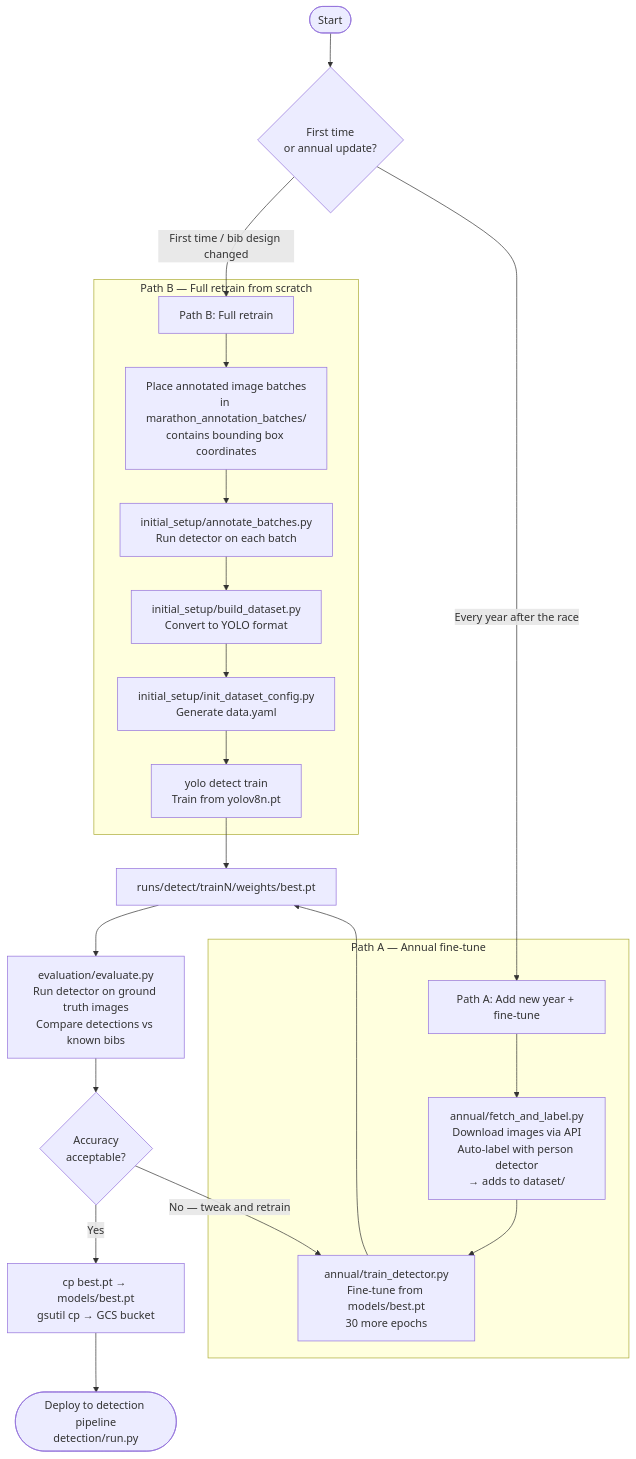
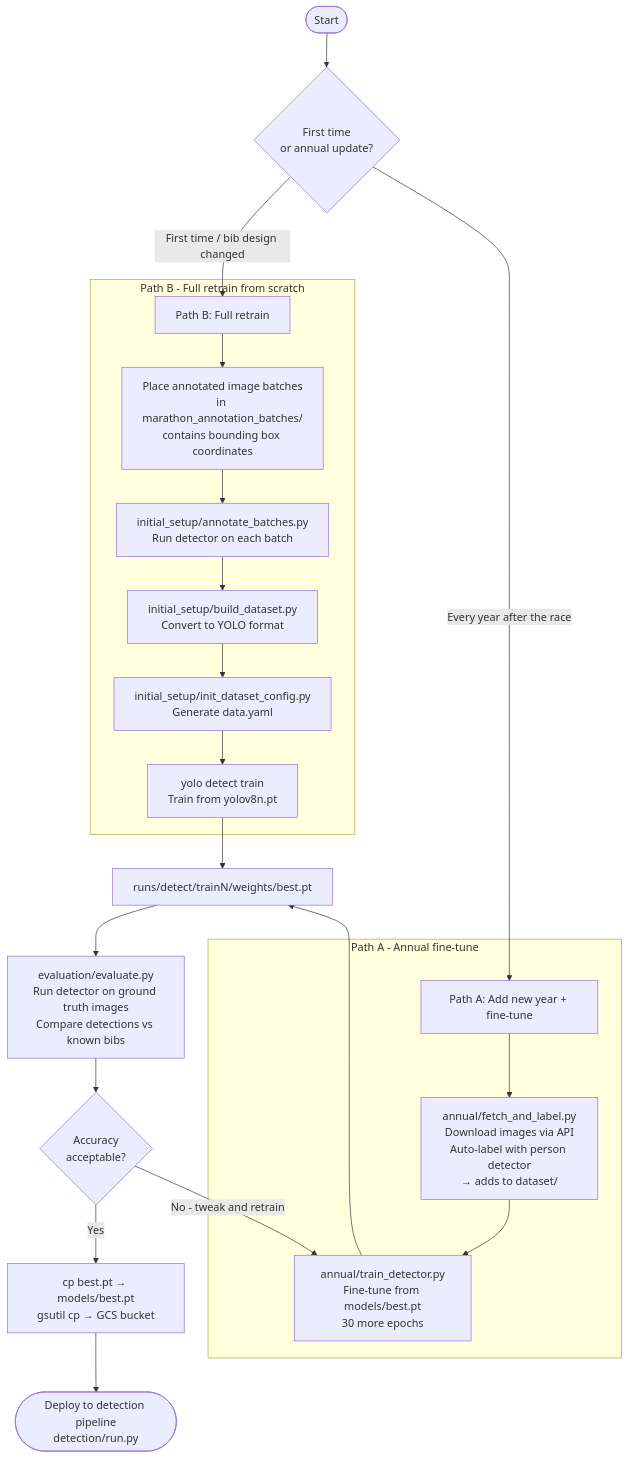
Before and after one commit to karna-sumit/race-bib-detector: the diagram in training/README.md, drawn with Mermaid. The commit also changed other lines of this file and 1 other file, not shown here.

````diff
--- a/training/README.md
+++ b/training/README.md
@@ -41,31 +41,31 @@
 ```mermaid
 flowchart TD
     A([Start]) --> B{First time\nor annual update?}
 
     B -->|First time / bib design changed| C[Path B: Full retrain]
     B -->|Every year after the race| D[Path A: Add new year + fine-tune]
 
-    subgraph pathB [Path B — Full retrain from scratch]
+    subgraph pathB [Path B - Full retrain from scratch]
         C --> C3[Place annotated image batches\nin marathon_annotation_batches/\ncontains bounding box coordinates]
         C3 --> C4[initial_setup/annotate_batches.py\nRun detector on each batch]
         C4 --> C5[initial_setup/build_dataset.py\nConvert to YOLO format]
         C5 --> C6[initial_setup/init_dataset_config.py\nGenerate data.yaml]
         C6 --> C7[yolo detect train\nTrain from yolov8n.pt]
     end
 
-    subgraph pathA [Path A — Annual fine-tune]
+    subgraph pathA [Path A - Annual fine-tune]
         D --> D1[annual/fetch_and_label.py\nDownload images via API\nAuto-label with person detector\n→ adds to dataset/]
         D1 --> D2[annual/train_detector.py\nFine-tune from models/best.pt\n30 more epochs]
     end
 
     C7 --> E[runs/detect/trainN/weights/best.pt]
     D2 --> E
 
     E --> F[evaluation/evaluate.py\nRun detector on ground truth images\nCompare detections vs known bibs]
 
     F --> G{Accuracy\nacceptable?}
-    G -->|No — tweak and retrain| D2
+    G -->|No - tweak and retrain| D2
     G -->|Yes| H[cp best.pt → models/best.pt\ngsutil cp → GCS bucket]
 
     H --> I([Deploy to detection pipeline\ndetection/run.py])
 ```
````
